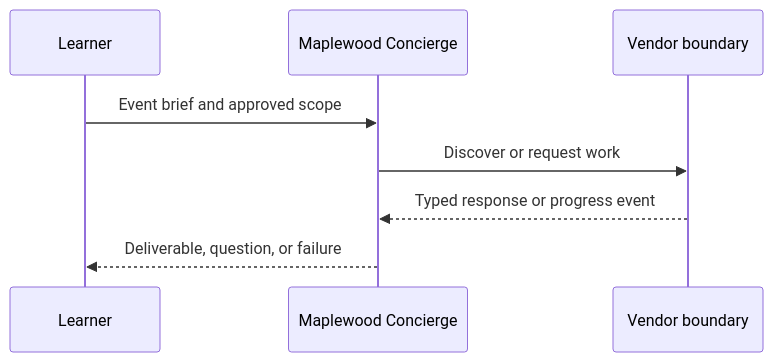
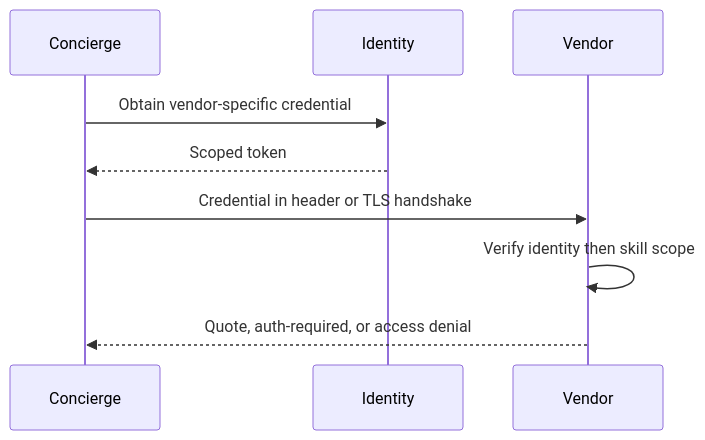
One commit to anandtopu/getting_started_with_Agent2AgentProtocol changed the diagram in modules/13_authentication/README.md. Above: the diagram before and after it, drawn with Mermaid. The commit also changed other lines of this file and 112 other files, not shown here.

````diff
--- a/modules/13_authentication/README.md
+++ b/modules/13_authentication/README.md
@@ -30,10 +30,8 @@
 ```mermaid
 sequenceDiagram
-    participant L as Learner
-    participant C as Maplewood Concierge
-    participant V as Vendor boundary
-    L->>C: Event brief and approved scope
-    C->>V: Discover or request work
-    V-->>C: Typed response or progress event
-    C-->>L: Deliverable, question, or failure
+    Concierge->>Identity: Obtain vendor-specific credential
+    Identity-->>Concierge: Scoped token
+    Concierge->>Vendor: Credential in header or TLS handshake
+    Vendor->>Vendor: Verify identity then skill scope
+    Vendor-->>Concierge: Quote, auth-required, or access denial
 ```
````
